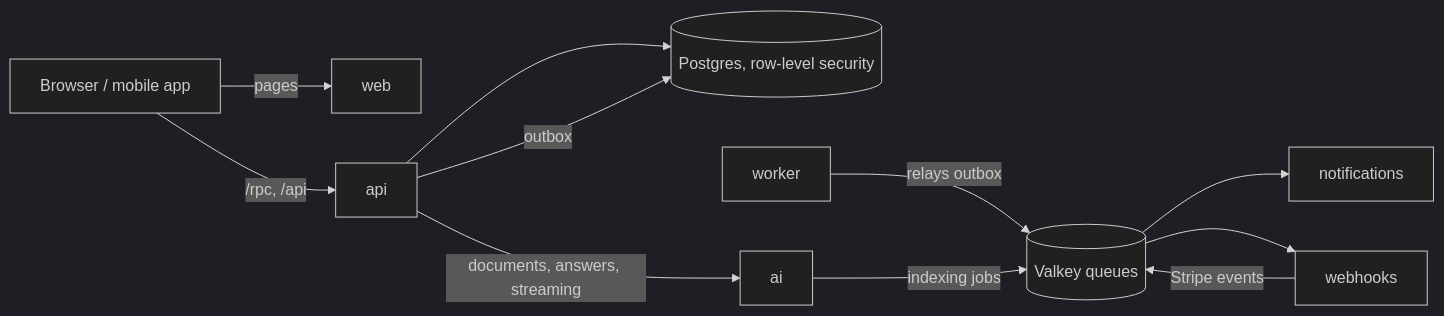
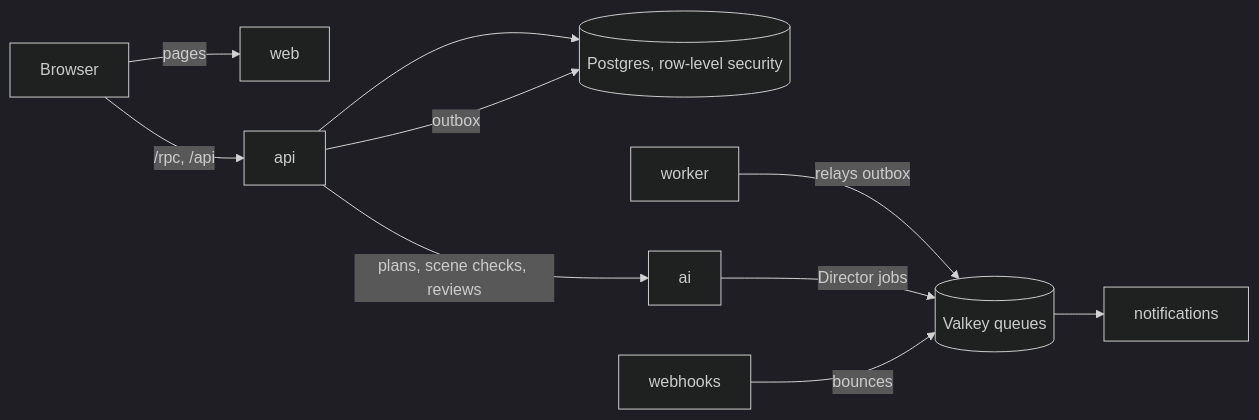
One commit to ManasMadan/director-editor changed the diagram in README.md. Above: the diagram before and after it, drawn with Mermaid (dark theme). The commit also changed other lines of this file and 68 other files, not shown here.

````diff
--- a/README.md
+++ b/README.md
@@ -68,13 +68,12 @@
 ```mermaid
 flowchart LR
-  browser[Browser / mobile app] -->|pages| web[web]
+  browser[Browser] -->|pages| web[web]
   browser -->|/rpc, /api| api[api]
   api --> pg[(Postgres, row-level security)]
   api -->|outbox| pg
   worker[worker] -->|relays outbox| q[(Valkey queues)]
   q --> notifications[notifications]
-  q --> webhooks[webhooks]
-  api -->|documents, answers, streaming| ai[ai]
-  ai -->|indexing jobs| q
-  webhooks -->|Stripe events| q
+  api -->|plans, scene checks, reviews| ai[ai]
+  ai -->|Director jobs| q
+  webhooks[webhooks] -->|bounces| q
 ```
````
